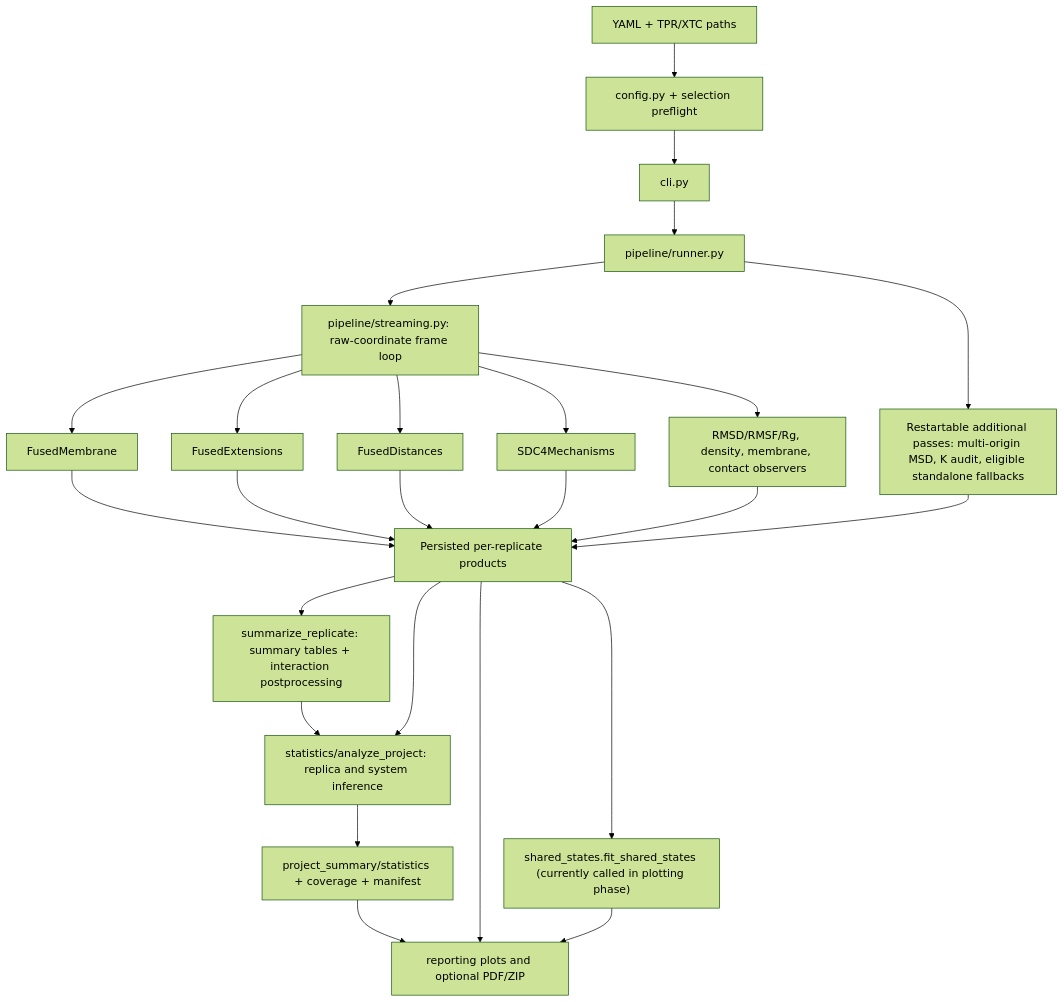
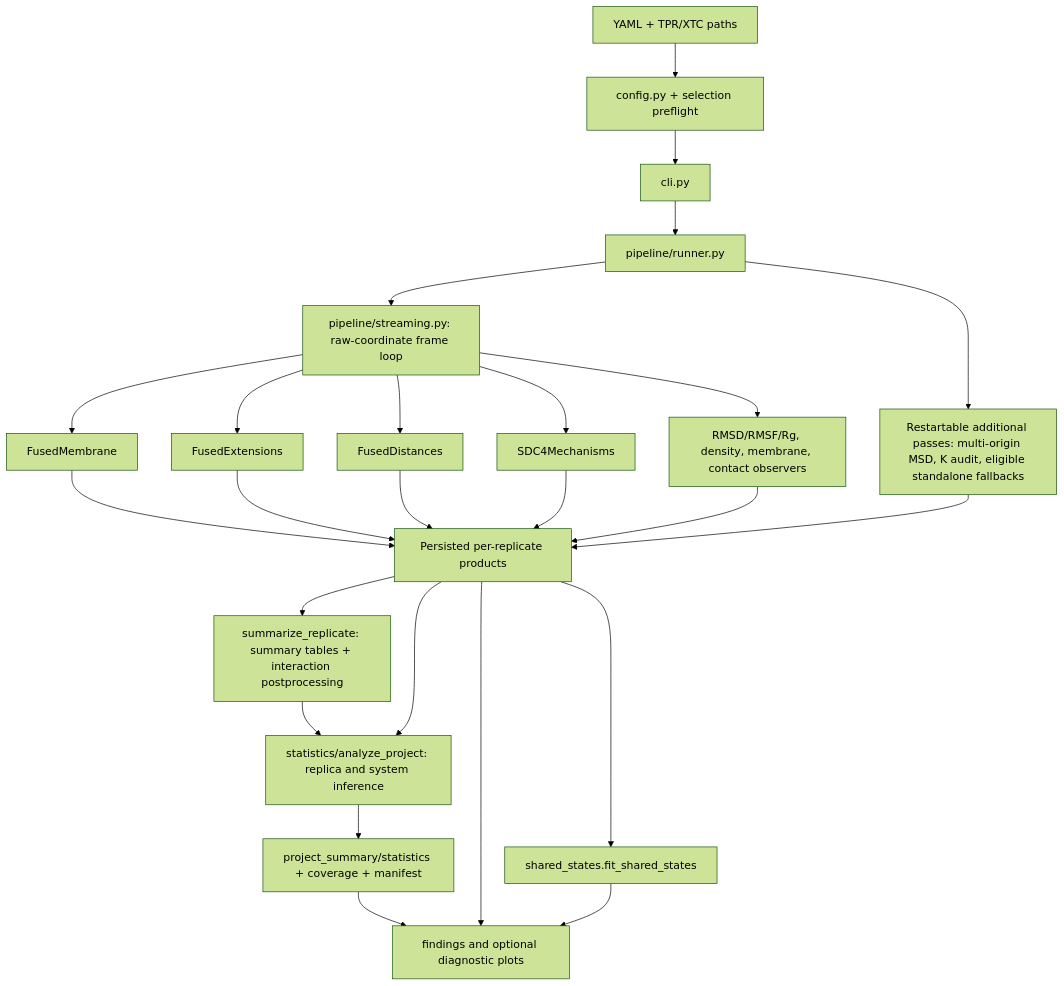
The diagram in docs/developer/architecture.md (MarionQL/MDscope), drawn with Mermaid (forest theme) before and after one commit. The commit also changed other lines of this file and 51 other files, not shown here.

````diff
--- a/docs/developer/architecture.md
+++ b/docs/developer/architecture.md
@@ -152,27 +102,27 @@
 ```mermaid
 flowchart TD
     YAML["YAML + TPR/XTC paths"] --> CONFIG["config.py + selection preflight"]
     CONFIG --> CLI["cli.py"]
     CLI --> RUNNER["pipeline/runner.py"]
     RUNNER --> PASS["pipeline/streaming.py: raw-coordinate frame loop"]
     PASS --> MEM["FusedMembrane"]
     PASS --> EXT["FusedExtensions"]
     PASS --> DIST["FusedDistances"]
     PASS --> SDC4["SDC4Mechanisms"]
     PASS --> BASE["RMSD/RMSF/Rg, density, membrane, contact observers"]
     MEM --> PRODUCTS["Persisted per-replicate products"]
     EXT --> PRODUCTS
     DIST --> PRODUCTS
     SDC4 --> PRODUCTS
     BASE --> PRODUCTS
     RUNNER --> EXTRA["Restartable additional passes: multi-origin MSD, K audit, eligible standalone fallbacks"]
     EXTRA --> PRODUCTS
     PRODUCTS --> SUMMARY["summarize_replicate: summary tables + interaction postprocessing"]
     SUMMARY --> STATS["statistics/analyze_project: replica and system inference"]
     PRODUCTS --> STATS
     STATS --> FINAL["project_summary/statistics + coverage + manifest"]
-    FINAL --> PLOTS["reporting plots and optional PDF/ZIP"]
+    FINAL --> PLOTS["findings and optional diagnostic plots"]
     PRODUCTS --> PLOTS
-    PRODUCTS --> STATES["shared_states.fit_shared_states (currently called in plotting phase)"]
+    PRODUCTS --> STATES["shared_states.fit_shared_states"]
     STATES --> PLOTS
 ```
````
